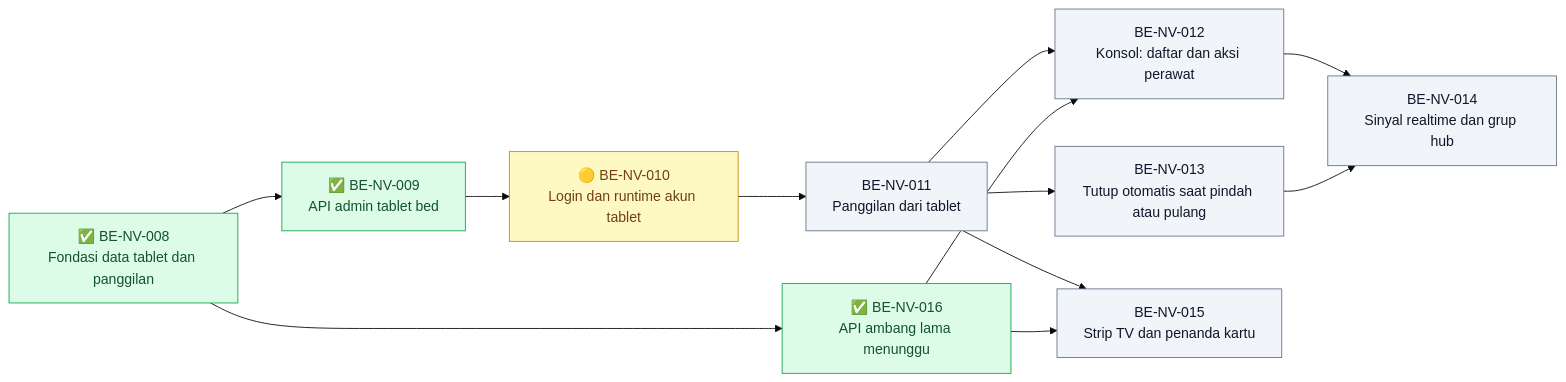
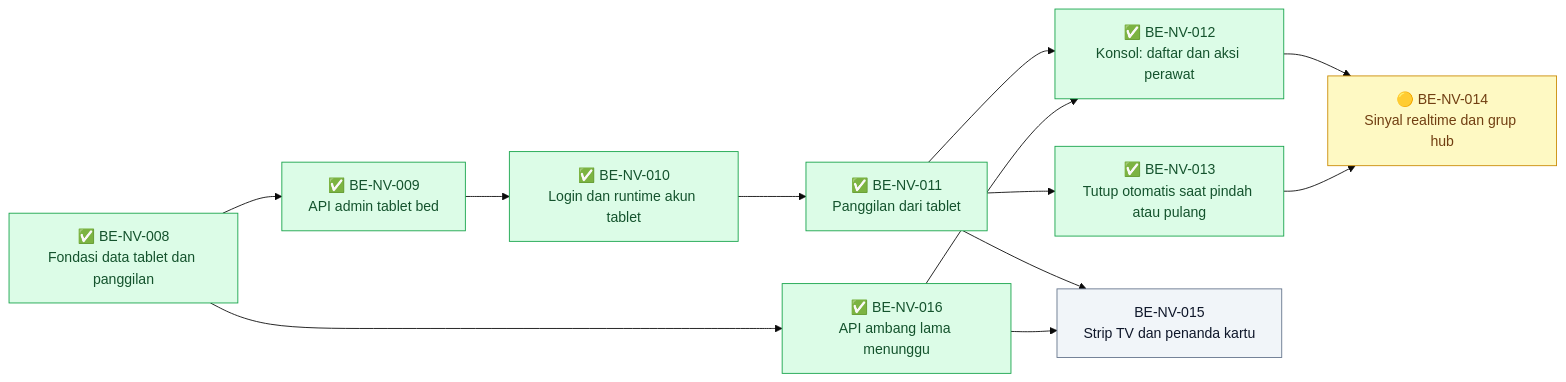
One commit to DevBenari/NewQuilvianSystemBackend changed the second of 2 diagrams in docs/module-blueprints/nurse-view/roadmap/backend-roadmap.md. Above: the diagram before and after it, drawn with Mermaid (base theme). The commit also changed other lines of this file and 34 other files, not shown here.

Commit message:
update nurse view table perawat dan pasien

````diff
--- a/docs/module-blueprints/nurse-view/roadmap/backend-roadmap.md
+++ b/docs/module-blueprints/nurse-view/roadmap/backend-roadmap.md
@@ -204,29 +204,29 @@
 ```mermaid
 flowchart LR
     classDef selesai fill:#DCFCE7,stroke:#16A34A,color:#14532D
     classDef sebagian fill:#FEF9C3,stroke:#CA8A04,color:#713F12
     classDef terblokir fill:#FEE2E2,stroke:#DC2626,color:#7F1D1D
     classDef belum fill:#F1F5F9,stroke:#64748B,color:#0F172A
 
     BENV008["✅ BE-NV-008<br/>Fondasi data tablet dan panggilan"]:::selesai
     BENV009["✅ BE-NV-009<br/>API admin tablet bed"]:::selesai
-    BENV010["🟡 BE-NV-010<br/>Login dan runtime akun tablet"]:::sebagian
-    BENV011["BE-NV-011<br/>Panggilan dari tablet"]:::belum
-    BENV012["BE-NV-012<br/>Konsol: daftar dan aksi perawat"]:::belum
-    BENV013["BE-NV-013<br/>Tutup otomatis saat pindah atau pulang"]:::belum
-    BENV014["BE-NV-014<br/>Sinyal realtime dan grup hub"]:::belum
+    BENV010["✅ BE-NV-010<br/>Login dan runtime akun tablet"]:::selesai
+    BENV011["✅ BE-NV-011<br/>Panggilan dari tablet"]:::selesai
+    BENV012["✅ BE-NV-012<br/>Konsol: daftar dan aksi perawat"]:::selesai
+    BENV013["✅ BE-NV-013<br/>Tutup otomatis saat pindah atau pulang"]:::selesai
+    BENV014["🟡 BE-NV-014<br/>Sinyal realtime dan grup hub"]:::sebagian
     BENV015["BE-NV-015<br/>Strip TV dan penanda kartu"]:::belum
     BENV016["✅ BE-NV-016<br/>API ambang lama menunggu"]:::selesai
 
     BENV008 --> BENV009
     BENV009 --> BENV010
     BENV010 --> BENV011
     BENV011 --> BENV012
     BENV011 --> BENV013
     BENV011 --> BENV015
     BENV008 --> BENV016
     BENV016 --> BENV012
     BENV016 --> BENV015
     BENV012 --> BENV014
     BENV013 --> BENV014
 ```
````
